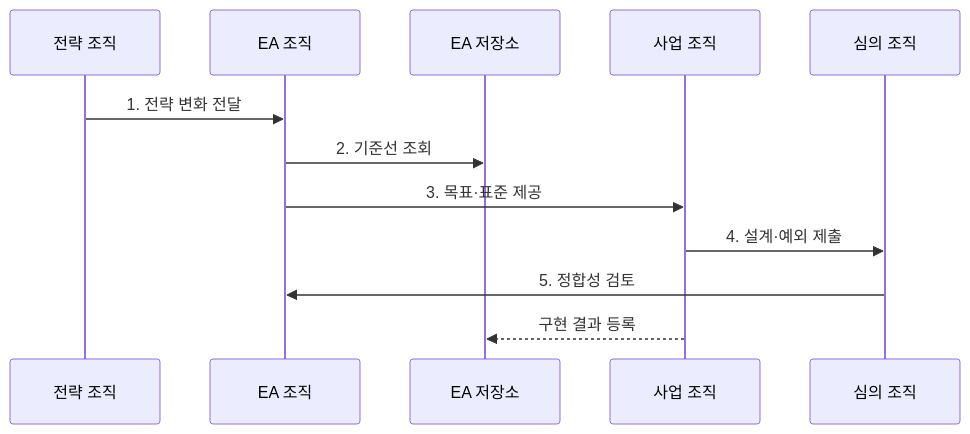
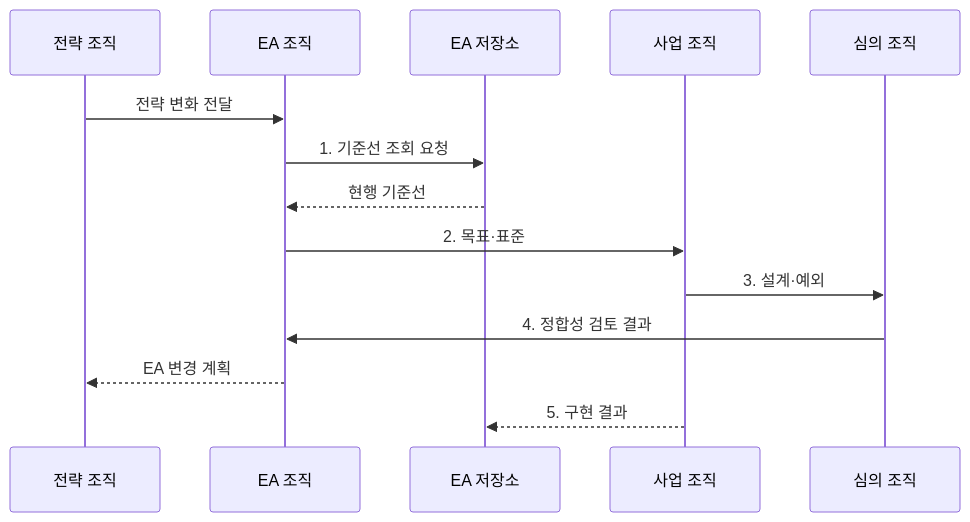
The second of 2 diagrams in src/content/docs/notes/03-software/189_enterprise_architecture.md (agnusdei1207/knowledge-base), drawn with Mermaid before and after one commit. The commit also changed other lines of this file and 20 other files, not shown here.

````diff
--- a/src/content/docs/notes/03-software/189_enterprise_architecture.md
+++ b/src/content/docs/notes/03-software/189_enterprise_architecture.md
@@ -81,14 +82,16 @@
 ```mermaid
 sequenceDiagram
     participant S as 전략 조직
     participant E as EA 조직
     participant R as EA 저장소
     participant P as 사업 조직
     participant G as 심의 조직
-    S->>E: 1. 전략 변화 전달
-    E->>R: 2. 기준선 조회
-    E->>P: 3. 목표·표준 제공
-    P->>G: 4. 설계·예외 제출
-    G->>E: 5. 정합성 검토
-    P-->>R: 구현 결과 등록
+    S->>E: 전략 변화 전달
+    E->>R: 1. 기준선 조회 요청
+    R-->>E: 현행 기준선
+    E->>P: 2. 목표·표준
+    P->>G: 3. 설계·예외
+    G->>E: 4. 정합성 검토 결과
+    E-->>S: EA 변경 계획
+    P-->>R: 5. 구현 결과
 ```
````
